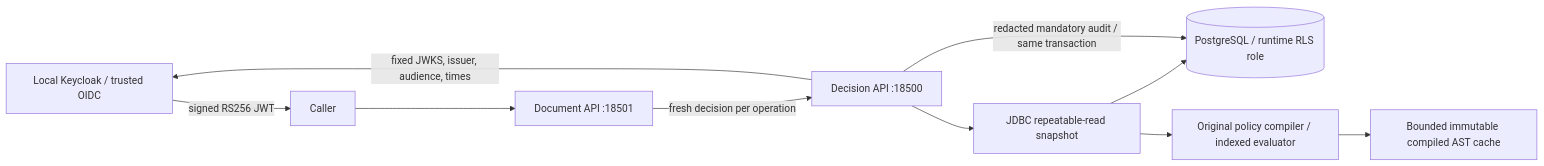
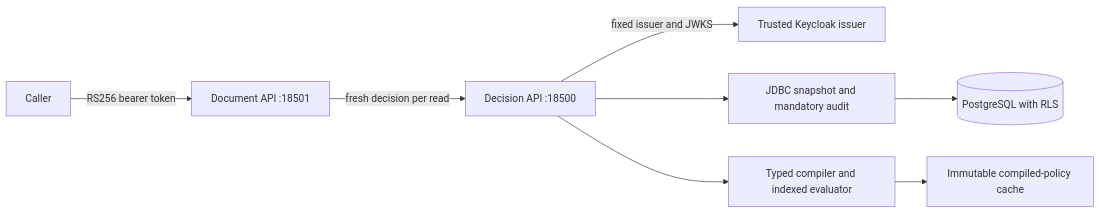
The diagram in projects/05-tenantshield/docs/ARCHITECTURE.md (cheshmakzanoon-ops/Java-portfolio), drawn with Mermaid before and after one commit. The commit also changed other lines of this file and 13 other files, not shown here.

````diff
--- a/projects/05-tenantshield/docs/ARCHITECTURE.md
+++ b/projects/05-tenantshield/docs/ARCHITECTURE.md
@@ -3,12 +5,10 @@
 ```mermaid
 flowchart LR
-    OIDC[Local Keycloak / trusted OIDC] -->|signed RS256 JWT| Caller
-    Caller --> Protected[Document API :18501]
-    Protected -->|fresh decision per operation| Service[Decision API :18500]
-    Service -->|fixed JWKS, issuer, audience, times| OIDC
-    Service --> Store[JDBC repeatable-read snapshot]
-    Store --> DB[(PostgreSQL / runtime RLS role)]
-    Store --> Engine[Original policy compiler / indexed evaluator]
-    Engine --> Cache[Bounded immutable compiled AST cache]
-    Service -->|redacted mandatory audit / same transaction| DB
+    Caller -->|RS256 bearer token| Protected[Document API :18501]
+    Protected -->|fresh decision per read| Service[Decision API :18500]
+    Service -->|fixed issuer and JWKS| OIDC[Trusted Keycloak issuer]
+    Service --> Store[JDBC snapshot and mandatory audit]
+    Store --> DB[(PostgreSQL with RLS)]
+    Service --> Engine[Typed compiler and indexed evaluator]
+    Engine --> Cache[Immutable compiled-policy cache]
 ```
````
